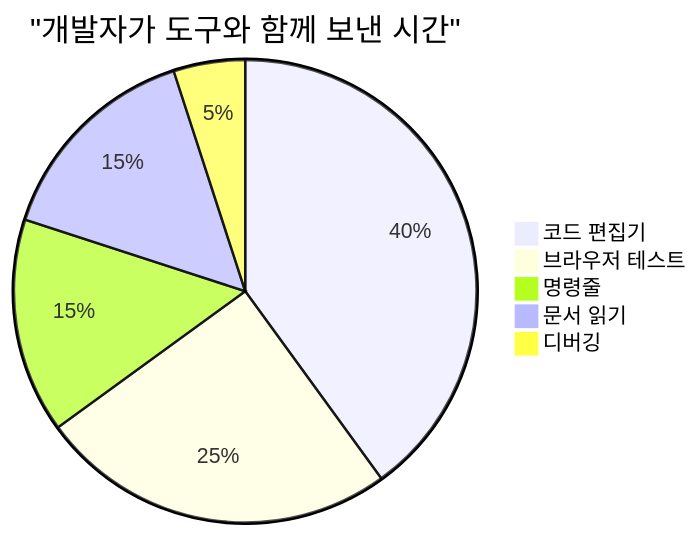
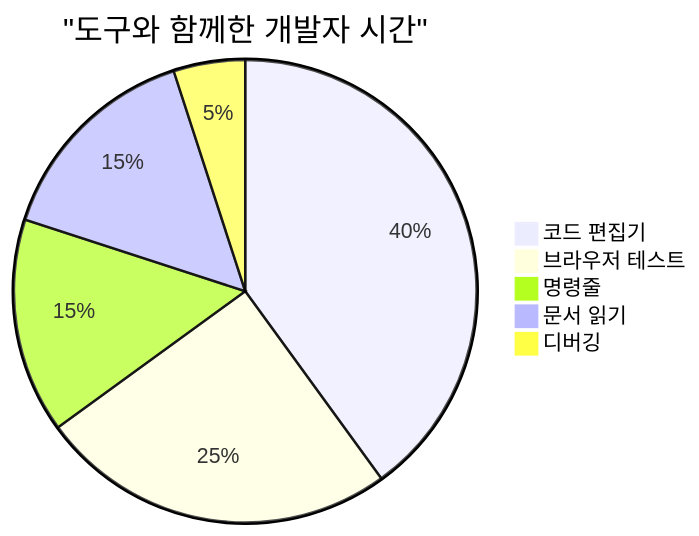
One commit to microsoft/Web-Dev-For-Beginners changed the sixth of 7 diagrams in translations/ko/1-getting-started-lessons/1-intro-to-programming-languages/README.md. Above: the diagram before and after it, drawn with Mermaid. The commit also changed other lines of this file and 8 other files, not shown here.

````diff
--- a/translations/ko/1-getting-started-lessons/1-intro-to-programming-languages/README.md
+++ b/translations/ko/1-getting-started-lessons/1-intro-to-programming-languages/README.md
@@ -712,8 +711,8 @@
 ```mermaid
-pie title "개발자가 도구와 함께 보낸 시간"
+pie title "도구와 함께한 개발자 시간"
     "코드 편집기" : 40
     "브라우저 테스트" : 25
     "명령줄" : 15
     "문서 읽기" : 15
     "디버깅" : 5
 ```
````
